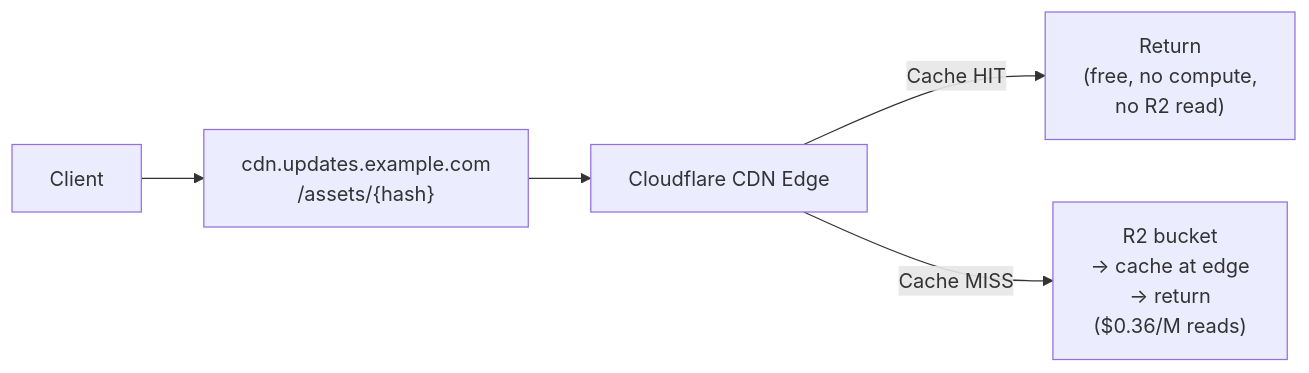
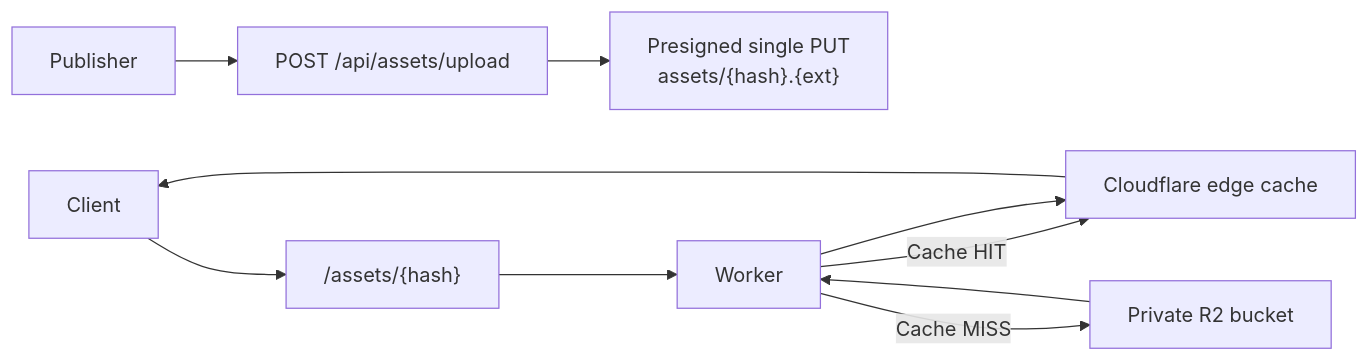
The diagram in docs/specs/server/05-asset-serving.md (aislopware/better-update), drawn with Mermaid before and after one commit. The commit also changed other lines of this file and 37 other files, not shown here.

Commit message:
feat(repo): switch uploads to direct r2 flow

````diff
--- a/docs/specs/server/05-asset-serving.md
+++ b/docs/specs/server/05-asset-serving.md
@@ -11,7 +11,12 @@
 ```mermaid
 flowchart LR
-    Client --> URL["cdn.updates.example.com<br/>/assets/{hash}"]
-    URL --> CDN["Cloudflare CDN Edge"]
-    CDN -->|Cache HIT| Free["Return<br/>(free, no compute,<br/>no R2 read)"]
-    CDN -->|Cache MISS| R2["R2 bucket<br/>→ cache at edge<br/>→ return<br/>($0.36/M reads)"]
+    Publisher --> API["POST /api/assets/upload"]
+    API --> R2Write["Presigned single PUT<br/>assets/{hash}.{ext}"]
+    Client --> URL["/assets/{hash}"]
+    URL --> Worker["Worker"]
+    Worker -->|Cache HIT| Edge["Cloudflare edge cache"]
+    Worker -->|Cache MISS| R2Read["Private R2 bucket"]
+    R2Read --> Worker
+    Worker --> Edge
+    Edge --> Client
 ```
````
